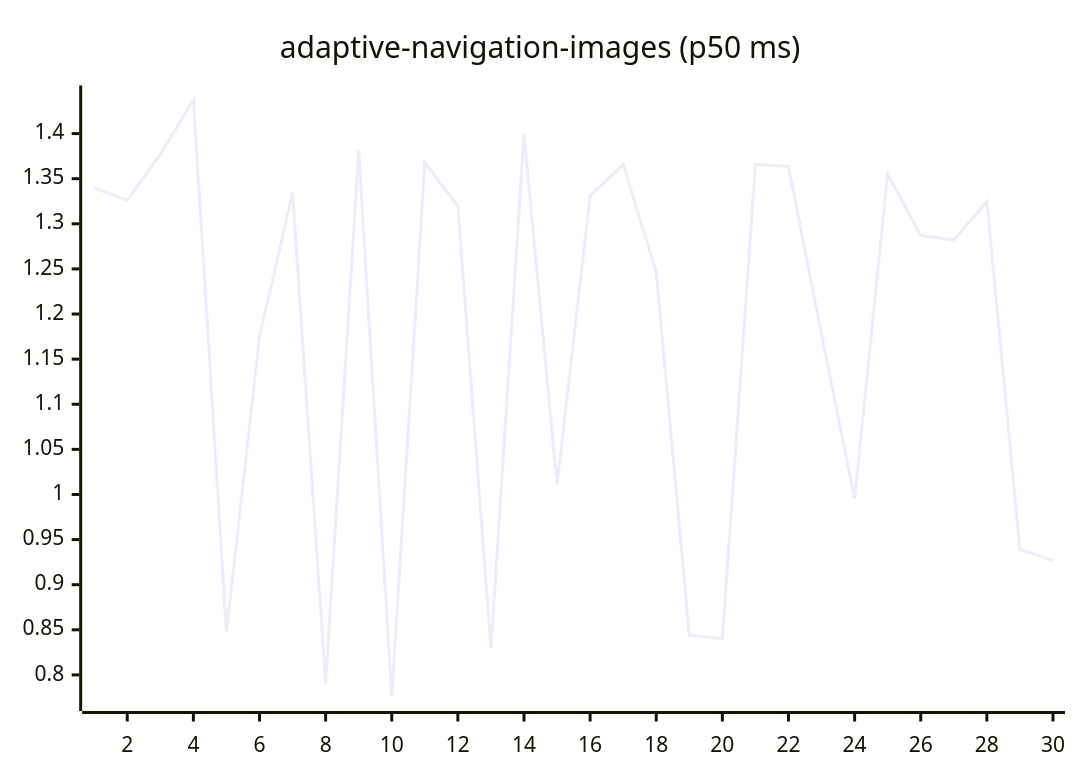
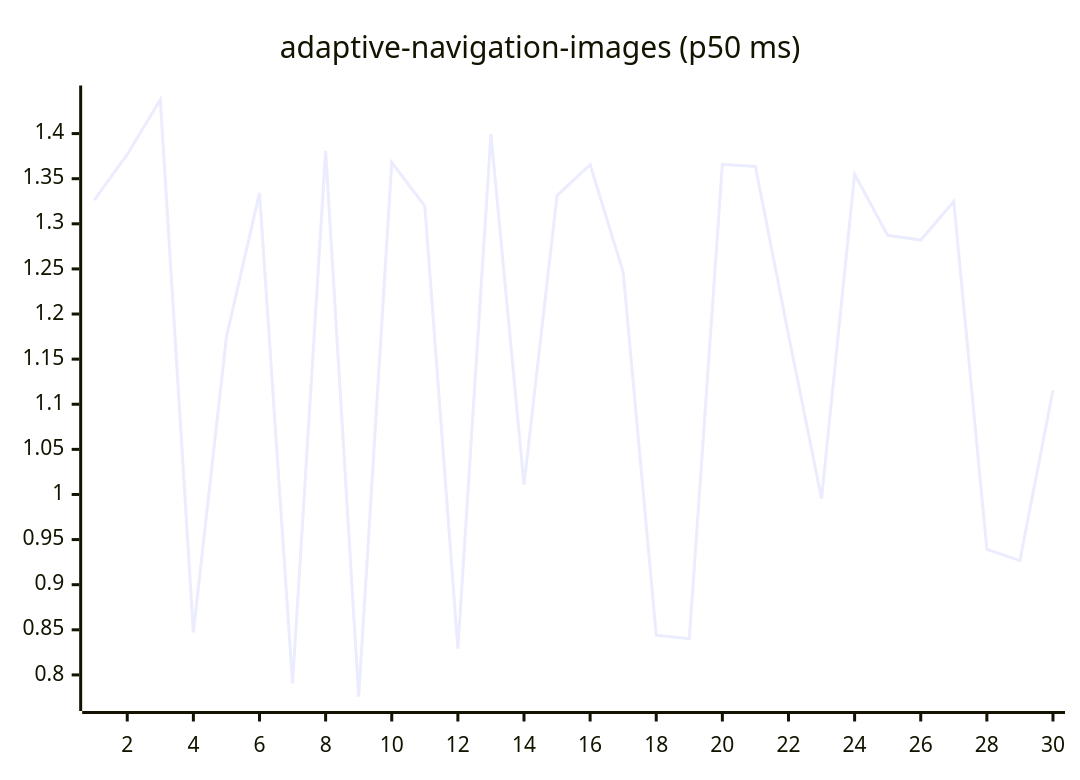
Before and after one commit to josha/Facet: the first of 27 diagrams in README.md, drawn with Mermaid. The commit also changed other lines of this file and 2 other files, not shown here.

````diff
--- a/README.md
+++ b/README.md
@@ -63,6 +63,6 @@
 ```mermaid
 xychart-beta
     title "adaptive-navigation-images (p50 ms)"
     x-axis 1 --> 30
-    line [1.3395, 1.3263, 1.3769, 1.4375, 0.8471, 1.1748, 1.3343, 0.7905, 1.3810, 0.7758, 1.3680, 1.3197, 0.8291, 1.3996, 1.0110, 1.3313, 1.3656, 1.2466, 0.8441, 0.8400, 1.3659, 1.3636, 1.1770, 0.9954, 1.3550, 1.2872, 1.2820, 1.3247, 0.9391, 0.9267]
+    line [1.3263, 1.3769, 1.4375, 0.8471, 1.1748, 1.3343, 0.7905, 1.3810, 0.7758, 1.3680, 1.3197, 0.8291, 1.3996, 1.0110, 1.3313, 1.3656, 1.2466, 0.8441, 0.8400, 1.3659, 1.3636, 1.1770, 0.9954, 1.3550, 1.2872, 1.2820, 1.3247, 0.9391, 0.9267, 1.1155]
 ```
````
